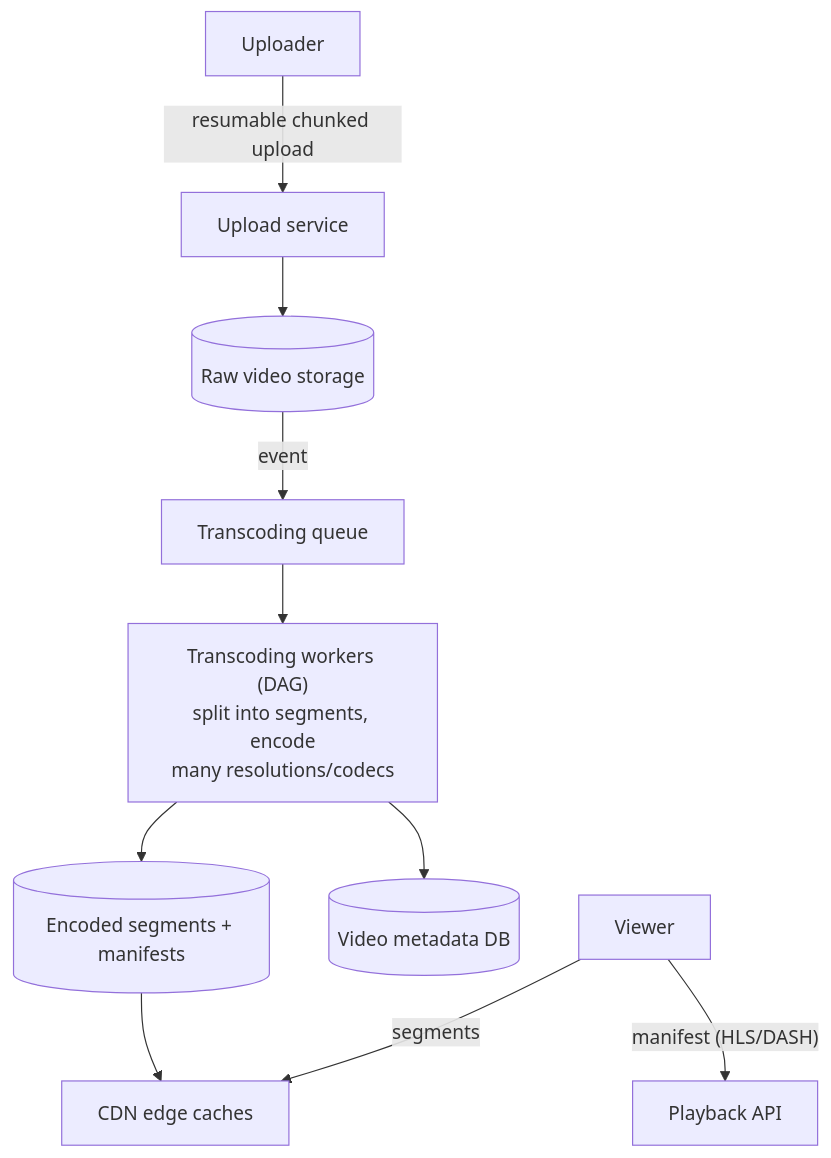
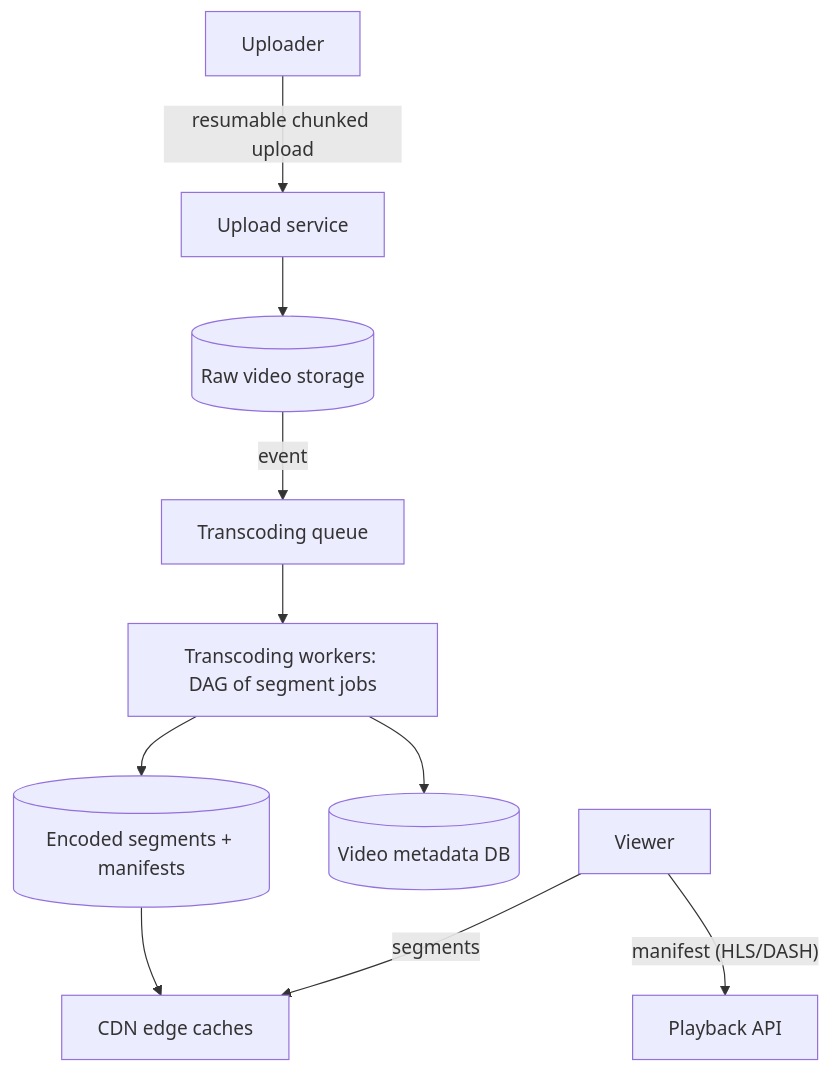
One commit to AkshayAshokCode/System-Design-Interview-Questions-and-Answers changed the sixth of 22 diagrams in topics/17-designs-social-media.md. Above: the diagram before and after it, drawn with Mermaid. The commit also changed other lines of this file and 4 other files, not shown here.

````diff
--- a/topics/17-designs-social-media.md
+++ b/topics/17-designs-social-media.md
@@ -178,11 +397,11 @@
 ```mermaid
 flowchart TD
     U["Uploader"] -->|"resumable chunked upload"| UP["Upload service"] --> RAW[("Raw video storage")]
     RAW -->|"event"| TQ["Transcoding queue"]
-    TQ --> TW["Transcoding workers (DAG)<br/>split into segments, encode<br/>many resolutions/codecs"]
+    TQ --> TW["Transcoding workers: DAG of segment jobs"]
     TW --> ENC[("Encoded segments + manifests")]
     TW --> META[("Video metadata DB")]
     ENC --> CDN["CDN edge caches"]
     V["Viewer"] -->|"manifest (HLS/DASH)"| API["Playback API"]
     V -->|"segments"| CDN
 ```
````
